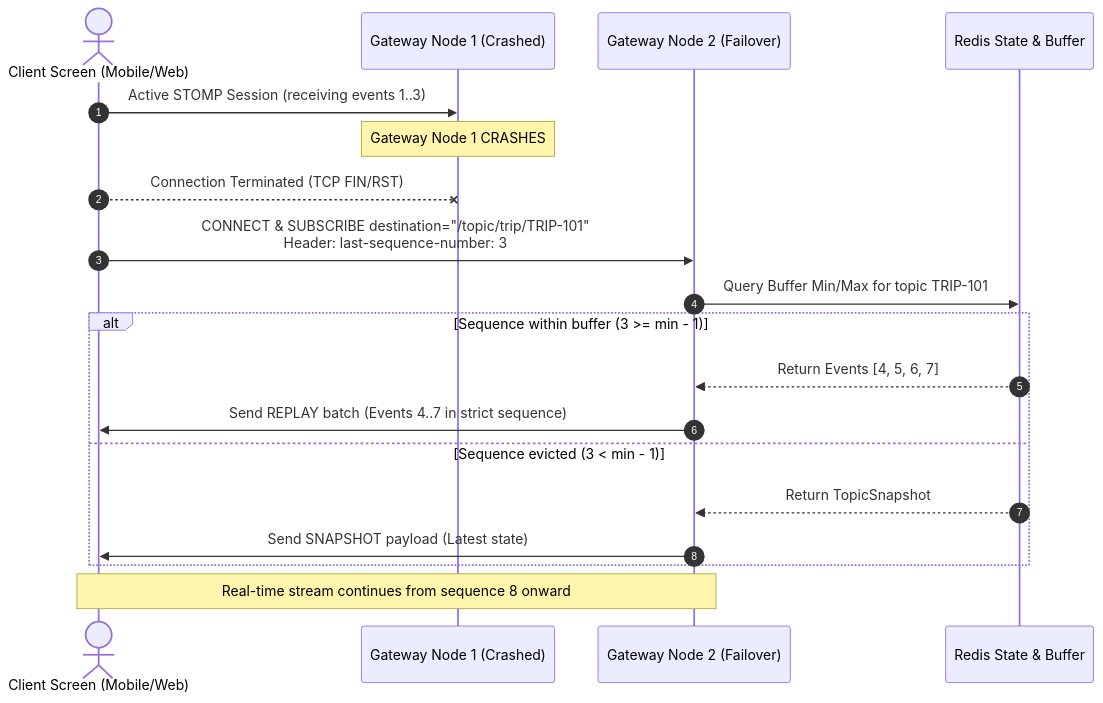
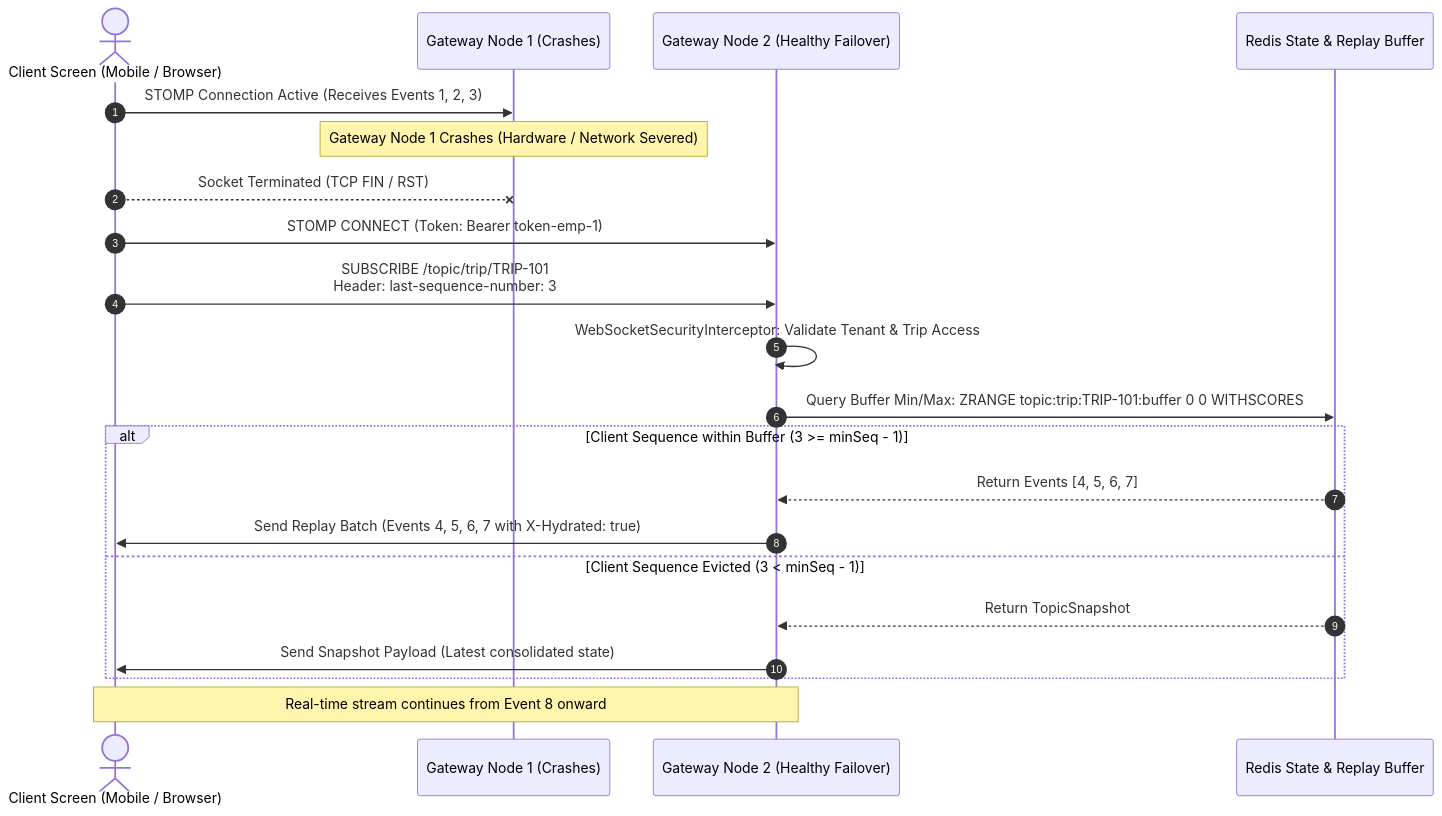
Before and after one commit to RahulBharadwaz/moveinsync-sde-casestudy4: the third of 4 diagrams in README.md, drawn with Mermaid. The commit also changed other lines of this file, not shown here.

Commit message:
docs: expand README with comprehensive architecture and system context

````diff
--- a/README.md
+++ b/README.md
@@ -77,22 +342,24 @@
 ```mermaid
 sequenceDiagram
     autonumber
-    actor Client as Client Screen (Mobile/Web)
-    participant Node1 as Gateway Node 1 (Crashed)
-    participant Node2 as Gateway Node 2 (Failover)
-    participant Redis as Redis State & Buffer
+    actor Client as Client Screen (Mobile / Browser)
+    participant Node1 as Gateway Node 1 (Crashes)
+    participant Node2 as Gateway Node 2 (Healthy Failover)
+    participant Redis as Redis State & Replay Buffer
 
-    Client->>Node1: Active STOMP Session (receiving events 1..3)
-    Note over Node1: Gateway Node 1 CRASHES
-    Client--xNode1: Connection Terminated (TCP FIN/RST)
-    Client->>Node2: CONNECT & SUBSCRIBE destination="/topic/trip/TRIP-101"<br/>Header: last-sequence-number: 3
-    Node2->>Redis: Query Buffer Min/Max for topic TRIP-101
-    alt Sequence within buffer (3 >= min - 1)
+    Client->>Node1: STOMP Connection Active (Receives Events 1, 2, 3)
+    Note over Node1: Gateway Node 1 Crashes (Hardware / Network Severed)
+    Client--xNode1: Socket Terminated (TCP FIN / RST)
+    Client->>Node2: STOMP CONNECT (Token: Bearer token-emp-1)
+    Client->>Node2: SUBSCRIBE /topic/trip/TRIP-101<br/>Header: last-sequence-number: 3
+    Node2->>Node2: WebSocketSecurityInterceptor: Validate Tenant & Trip Access
+    Node2->>Redis: Query Buffer Min/Max: ZRANGE topic:trip:TRIP-101:buffer 0 0 WITHSCORES
+    alt Client Sequence within Buffer (3 >= minSeq - 1)
         Redis-->>Node2: Return Events [4, 5, 6, 7]
-        Node2->>Client: Send REPLAY batch (Events 4..7 in strict sequence)
-    else Sequence evicted (3 < min - 1)
+        Node2->>Client: Send Replay Batch (Events 4, 5, 6, 7 with X-Hydrated: true)
+    else Client Sequence Evicted (3 < minSeq - 1)
         Redis-->>Node2: Return TopicSnapshot
-        Node2->>Client: Send SNAPSHOT payload (Latest state)
+        Node2->>Client: Send Snapshot Payload (Latest consolidated state)
     end
-    Note over Node2,Client: Real-time stream continues from sequence 8 onward
+    Note over Node2,Client: Real-time stream continues from Event 8 onward
 ```
````
